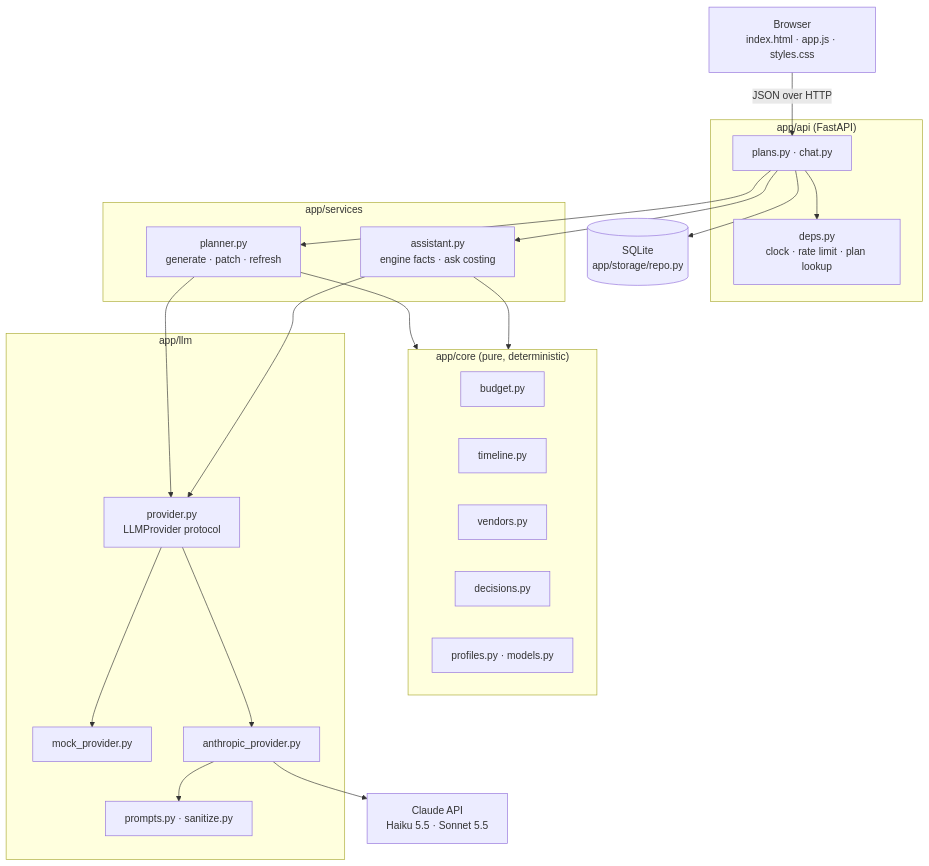
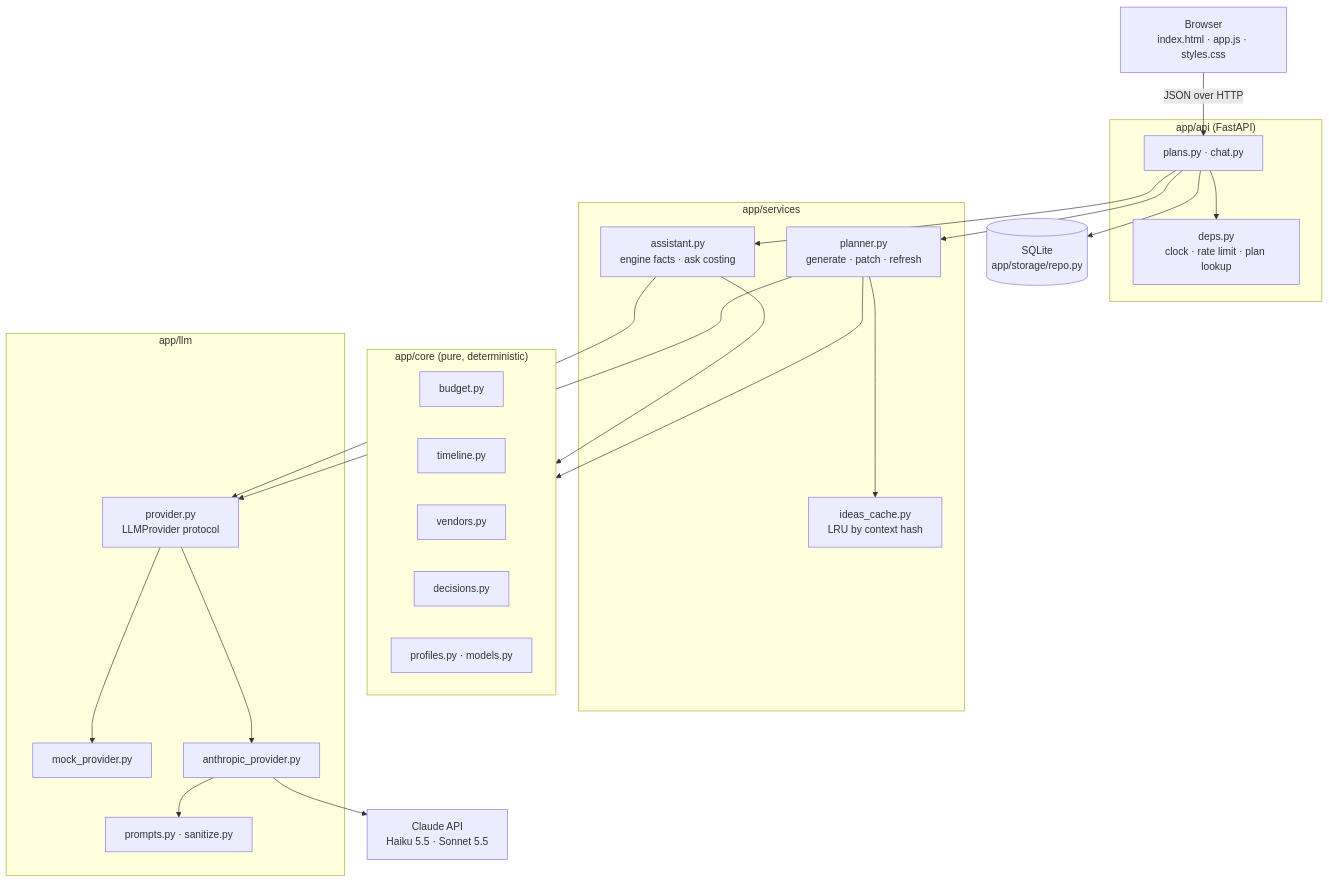
Before and after one commit to krishna-nandan-yenuga/Occasio: the first of 2 diagrams in docs/architecture.md, drawn with Mermaid. The commit also changed other lines of this file and 41 other files, not shown here.

````diff
--- a/docs/architecture.md
+++ b/docs/architecture.md
@@ -8,46 +8,48 @@
 ```mermaid
 flowchart TB
     UI["Browser<br/>index.html · app.js · styles.css"]
 
     subgraph API["app/api  (FastAPI)"]
         Routes["plans.py · chat.py"]
         Deps["deps.py<br/>clock · rate limit · plan lookup"]
     end
 
     subgraph Services["app/services"]
         Planner["planner.py<br/>generate · patch · refresh"]
         Assistant["assistant.py<br/>engine facts · ask costing"]
+        Cache["ideas_cache.py<br/>LRU by context hash"]
     end
 
     subgraph Core["app/core  (pure, deterministic)"]
         Budget["budget.py"]
         Timeline["timeline.py"]
         Vendors["vendors.py"]
         Decisions["decisions.py"]
         Profiles["profiles.py · models.py"]
     end
 
     subgraph LLM["app/llm"]
         Provider["provider.py<br/>LLMProvider protocol"]
         Mock["mock_provider.py"]
         Anthropic["anthropic_provider.py"]
         Prompts["prompts.py · sanitize.py"]
     end
 
     DB[("SQLite<br/>app/storage/repo.py")]
     Claude["Claude API<br/>Haiku 5.5 · Sonnet 5.5"]
 
     UI -- "JSON over HTTP" --> Routes
     Routes --> Deps
     Routes --> Planner
     Routes --> Assistant
     Routes --> DB
     Planner --> Core
+    Planner --> Cache
     Assistant --> Core
     Planner --> Provider
     Assistant --> Provider
     Provider --> Mock
     Provider --> Anthropic
     Anthropic --> Prompts
     Anthropic --> Claude
 ```
````
